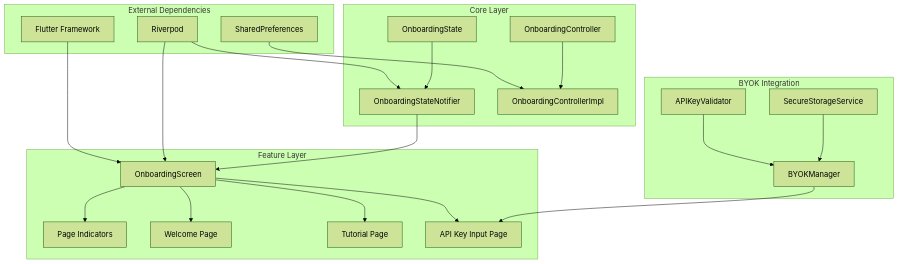
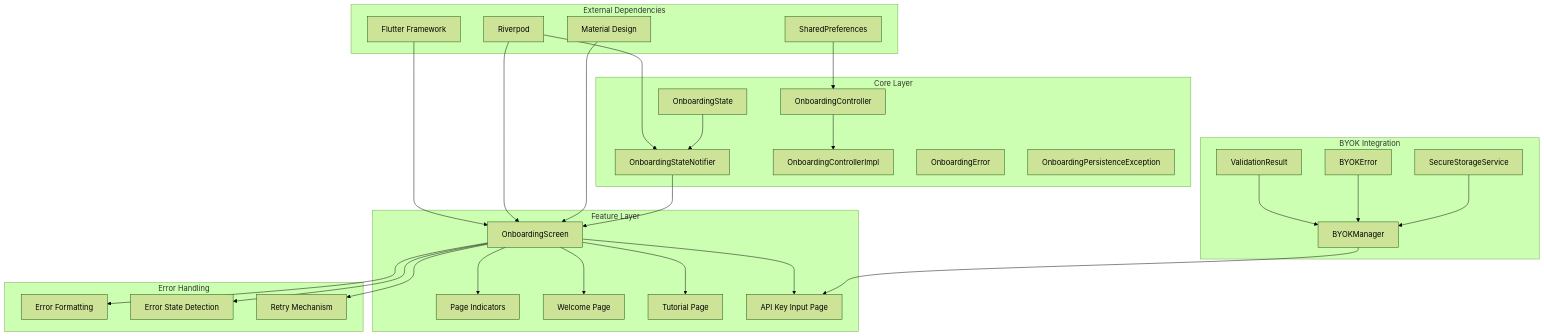
Before and after one commit to JAaron93/StyleSync: the sixth of 6 diagrams in .qoder/repowiki/en/content/Feature Implementation/Onboarding System/Onboarding Screen.md, drawn with Mermaid (forest theme). The commit also changed other lines of this file and 36 other files, not shown here.

````diff
--- a/.qoder/repowiki/en/content/Feature Implementation/Onboarding System/Onboarding Screen.md
+++ b/.qoder/repowiki/en/content/Feature Implementation/Onboarding System/Onboarding Screen.md
@@ -262,40 +367,54 @@
 ```mermaid
 graph TB
 subgraph "External Dependencies"
 A[Flutter Framework]
 B[Riverpod]
 C[SharedPreferences]
+D[Material Design]
 end
 subgraph "Core Layer"
-D[OnboardingState]
-E[OnboardingStateNotifier]
-F[OnboardingController]
-G[OnboardingControllerImpl]
+E[OnboardingState]
+F[OnboardingStateNotifier]
+G[OnboardingController]
+H[OnboardingControllerImpl]
+I[OnboardingError]
+J[OnboardingPersistenceException]
 end
 subgraph "Feature Layer"
-H[OnboardingScreen]
-I[Page Indicators]
-J[Welcome Page]
-K[Tutorial Page]
-L[API Key Input Page]
+K[OnboardingScreen]
+L[Page Indicators]
+M[Welcome Page]
+N[Tutorial Page]
+O[API Key Input Page]
 end
 subgraph "BYOK Integration"
-M[BYOKManager]
-N[APIKeyValidator]
-O[SecureStorageService]
+P[BYOKManager]
+Q[ValidationResult]
+R[BYOKError]
+S[SecureStorageService]
 end
-A --> H
-B --> H
-B --> E
+subgraph "Error Handling"
+T[Error Formatting]
+U[Error State Detection]
+V[Retry Mechanism]
+end
+A --> K
+B --> K
+B --> F
 C --> G
-D --> E
-F --> G
-E --> H
-H --> I
-H --> J
-H --> K
-H --> L
-M --> L
-N --> M
-O --> M
+D --> K
+E --> F
+G --> H
+F --> K
+K --> L
+K --> M
+K --> N
+K --> O
+P --> O
+Q --> P
+R --> P
+S --> P
+K --> T
+K --> U
+K --> V
 ```
````
